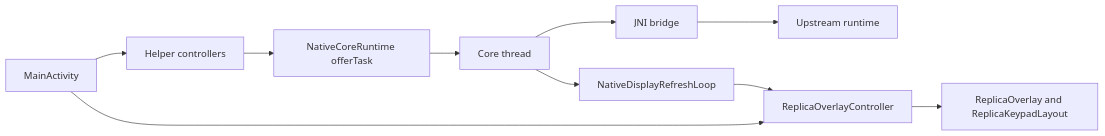
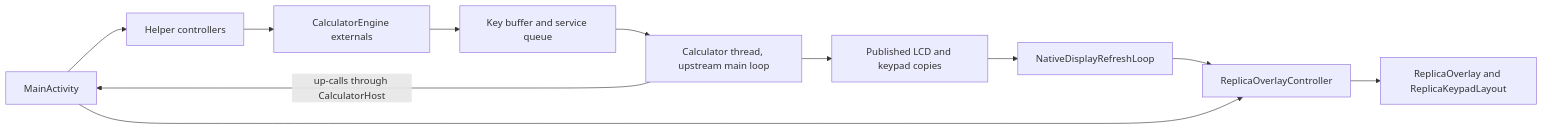
One commit to ppigazzini/r47zen changed the diagram in android/docs/dev/02-kotlin-shell-architecture.md. Above: the diagram before and after it, drawn with Mermaid. The commit also changed other lines of this file and 132 other files, not shown here.

First line of the commit message:
feat(core): run upstream's main loop on a calculator thread

````diff
--- a/android/docs/dev/02-kotlin-shell-architecture.md
+++ b/android/docs/dev/02-kotlin-shell-architecture.md
@@ -62,16 +61,16 @@
 ```mermaid
 flowchart LR
     A[MainActivity]
     B[Helper controllers]
-    C[NativeCoreRuntime offerTask]
-    D[Core thread]
-    E[JNI bridge]
-    F[Upstream runtime]
+    C[CalculatorEngine externals]
+    D[Key buffer and service queue]
+    E[Calculator thread, upstream main loop]
+    F[Published LCD and keypad copies]
     G[NativeDisplayRefreshLoop]
     H[ReplicaOverlayController]
     I[ReplicaOverlay and ReplicaKeypadLayout]
 
-    A --> B --> C --> D --> E --> F
-    D --> G --> H --> I
+    A --> B --> C --> D --> E --> F --> G --> H --> I
     A --> H
+    E -->|up-calls through CalculatorHost| A
 ```
````
